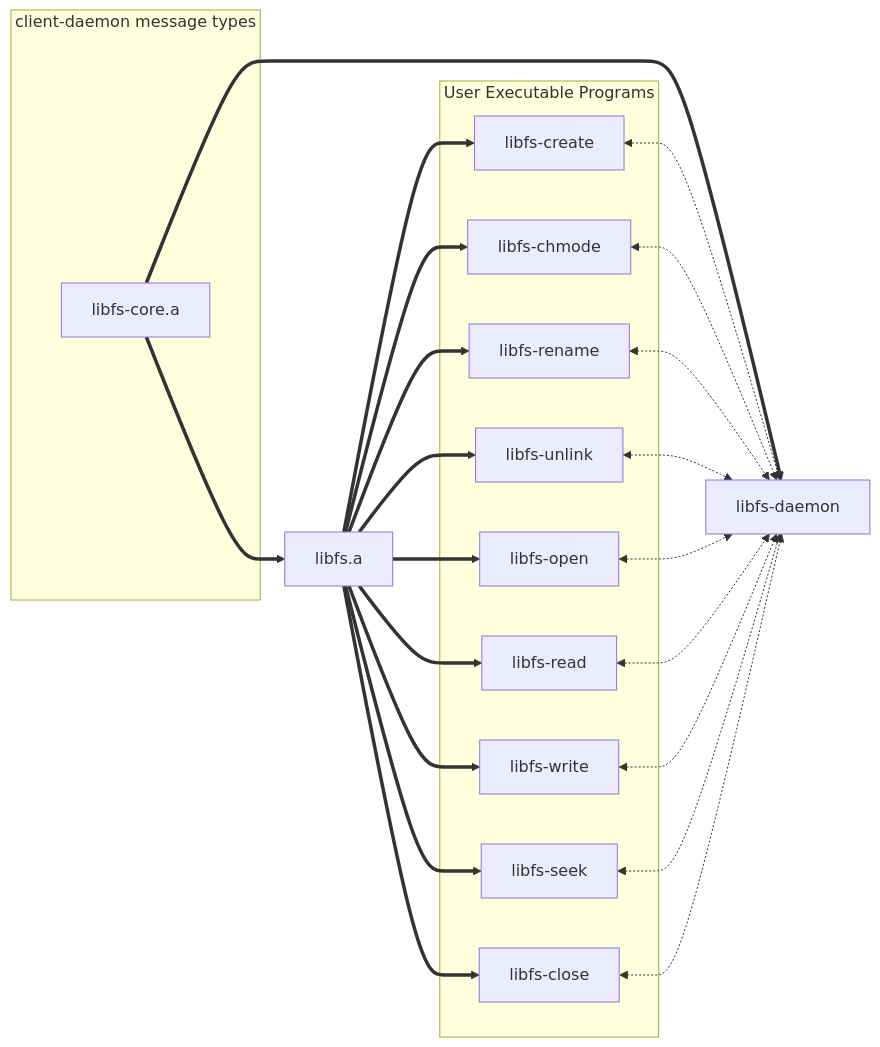
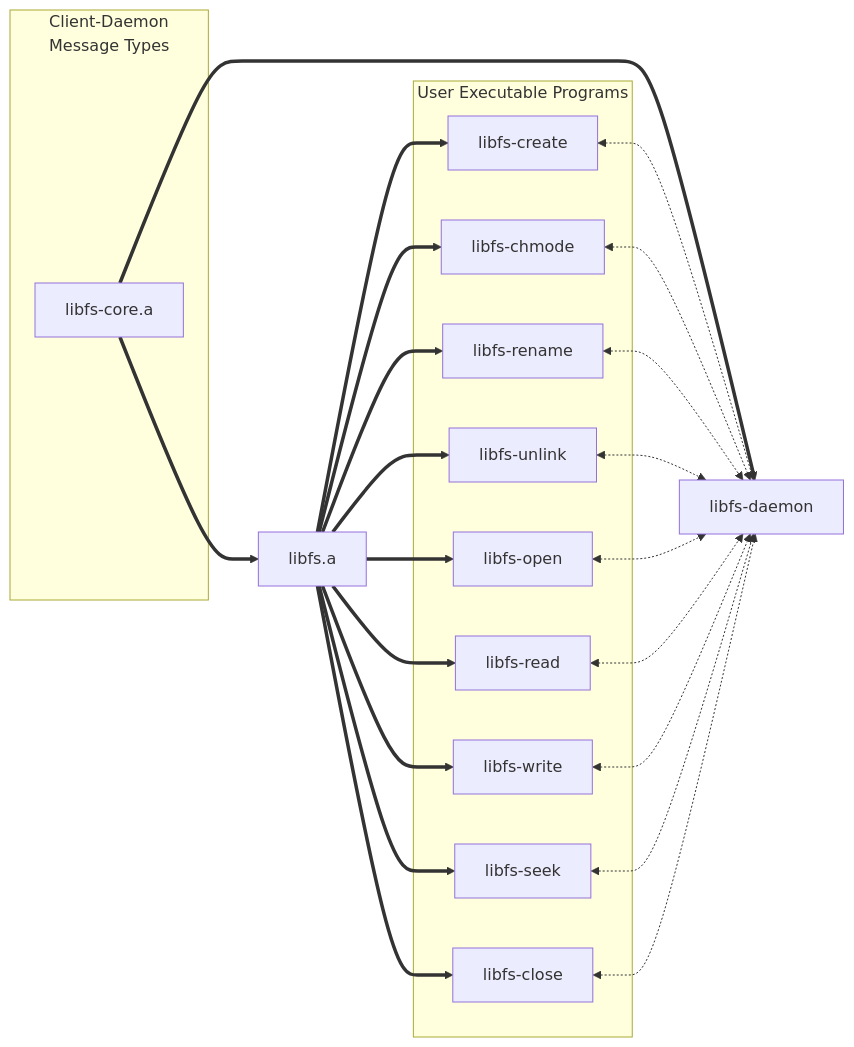
Before and after one commit to bartlomiejkrawczyk/UXP1A-23L: the first of 2 diagrams in README.md, drawn with Mermaid.

Commit message:
Fix mermaid graph

````diff
--- a/README.md
+++ b/README.md
@@ -174,42 +174,42 @@
-```{.mermaid width=50%}
+```mermaid
 flowchart LR
-    subgraph client-daemon message types
+    subgraph Client-Daemon\nMessage Types
         libfs-core[libfs-core.a]
     end
 
     subgraph User Executable Programs
         libfs-create
         libfs-chmode
         libfs-rename
         libfs-unlink
         libfs-open
         libfs-read
         libfs-write
         libfs-seek
         libfs-close
     end
     
     libfs-core ==> ld[libfs-daemon]
     
     libfs-core ==> libfs[libfs.a]
     
     libfs ==> libfs-create
     libfs ==> libfs-chmode
     libfs ==> libfs-rename
     libfs ==> libfs-unlink
     libfs ==> libfs-open
     libfs ==> libfs-read
     libfs ==> libfs-write
     libfs ==> libfs-seek
     libfs ==> libfs-close
     
     libfs-create <-.-> ld
     libfs-chmode <-.-> ld
     libfs-rename <-.-> ld
     libfs-unlink <-.-> ld
     libfs-open <-.-> ld
     libfs-read <-.-> ld
     libfs-write <-.-> ld
     libfs-seek <-.-> ld
     libfs-close <-.-> ld
 ```
````
